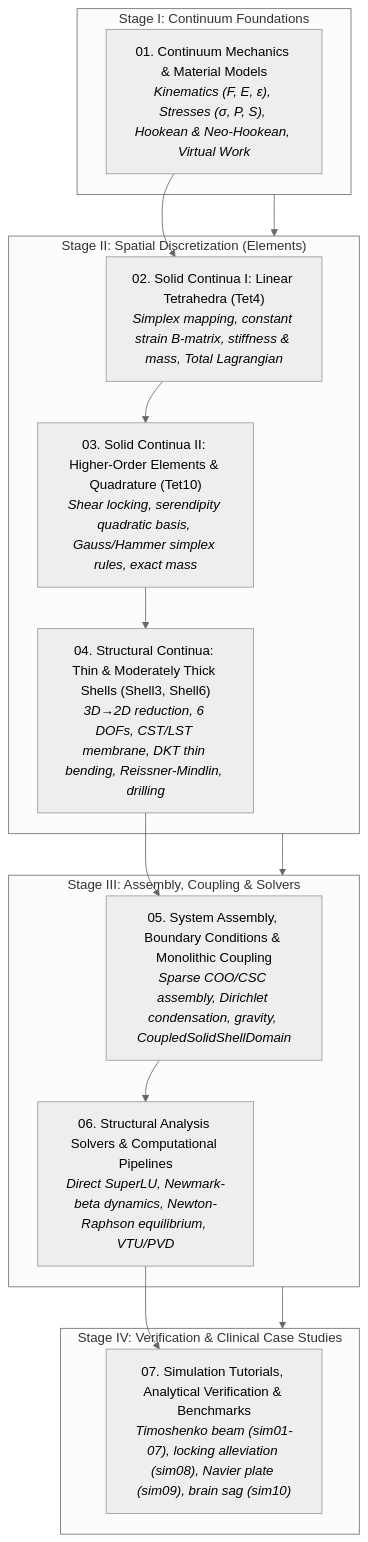
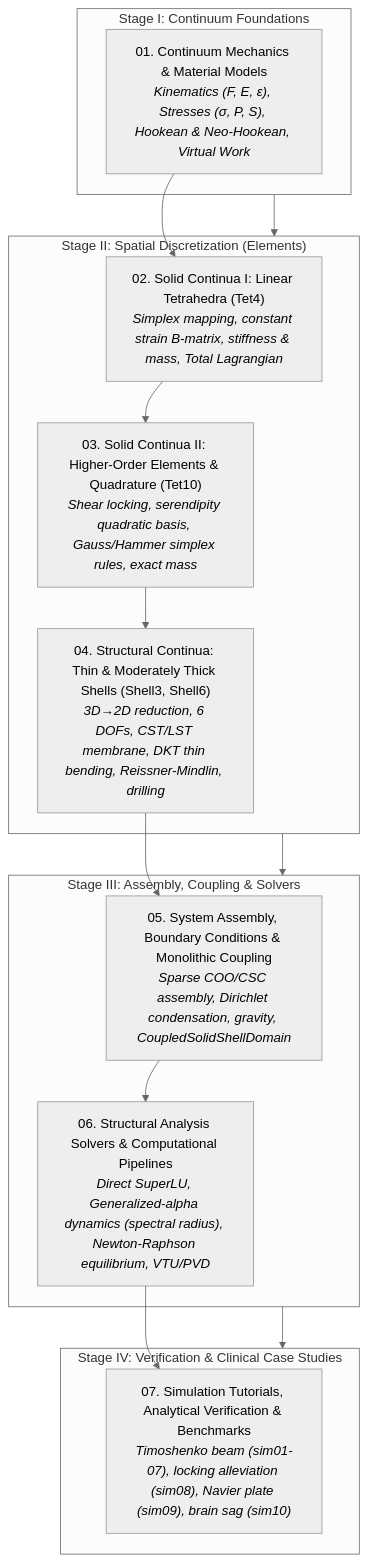
One commit to tanadul-s/psierra changed the diagram in docs/README.md. Above: the diagram before and after it, drawn with Mermaid (neutral theme). The commit also changed other lines of this file and 1 other file, not shown here.

````diff
--- a/docs/README.md
+++ b/docs/README.md
@@ -11,32 +11,32 @@
 ```mermaid
 flowchart TD
     subgraph Stage1["Stage I: Continuum Foundations"]
         D01["01. Continuum Mechanics & Material Models<br/><i>Kinematics (F, E, ε), Stresses (σ, P, S), Hookean & Neo-Hookean, Virtual Work</i>"]
     end
 
     subgraph Stage2["Stage II: Spatial Discretization (Elements)"]
         D02["02. Solid Continua I: Linear Tetrahedra (Tet4)<br/><i>Simplex mapping, constant strain B-matrix, stiffness & mass, Total Lagrangian</i>"]
         D03["03. Solid Continua II: Higher-Order Elements & Quadrature (Tet10)<br/><i>Shear locking, serendipity quadratic basis, Gauss/Hammer simplex rules, exact mass</i>"]
         D04["04. Structural Continua: Thin & Moderately Thick Shells (Shell3, Shell6)<br/><i>3D→2D reduction, 6 DOFs, CST/LST membrane, DKT thin bending, Reissner-Mindlin, drilling</i>"]
     end
 
     subgraph Stage3["Stage III: Assembly, Coupling & Solvers"]
         D05["05. System Assembly, Boundary Conditions & Monolithic Coupling<br/><i>Sparse COO/CSC assembly, Dirichlet condensation, gravity, CoupledSolidShellDomain</i>"]
-        D06["06. Structural Analysis Solvers & Computational Pipelines<br/><i>Direct SuperLU, Newmark-beta dynamics, Newton-Raphson equilibrium, VTU/PVD</i>"]
+        D06["06. Structural Analysis Solvers & Computational Pipelines<br/><i>Direct SuperLU, Generalized-alpha dynamics (spectral radius), Newton-Raphson equilibrium, VTU/PVD</i>"]
     end
 
     subgraph Stage4["Stage IV: Verification & Clinical Case Studies"]
         D07["07. Simulation Tutorials, Analytical Verification & Benchmarks<br/><i>Timoshenko beam (sim01-07), locking alleviation (sim08), Navier plate (sim09), brain sag (sim10)</i>"]
     end
 
     Stage1 --> Stage2
     Stage2 --> Stage3
     Stage3 --> Stage4
 
     D01 --> D02
     D02 --> D03
     D03 --> D04
     D04 --> D05
     D05 --> D06
     D06 --> D07
 ```
````
